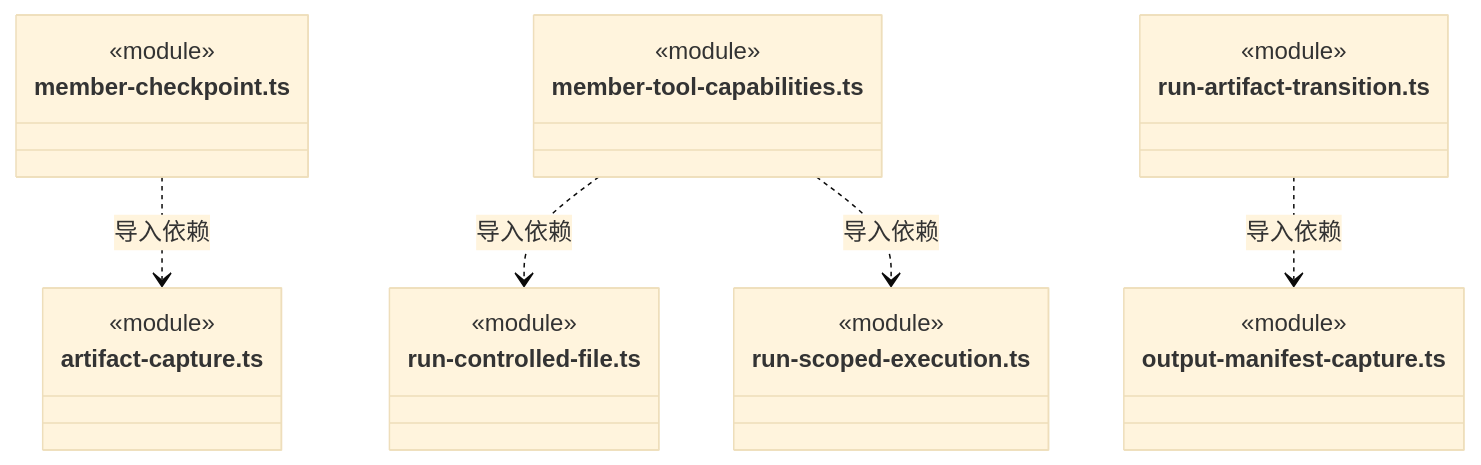
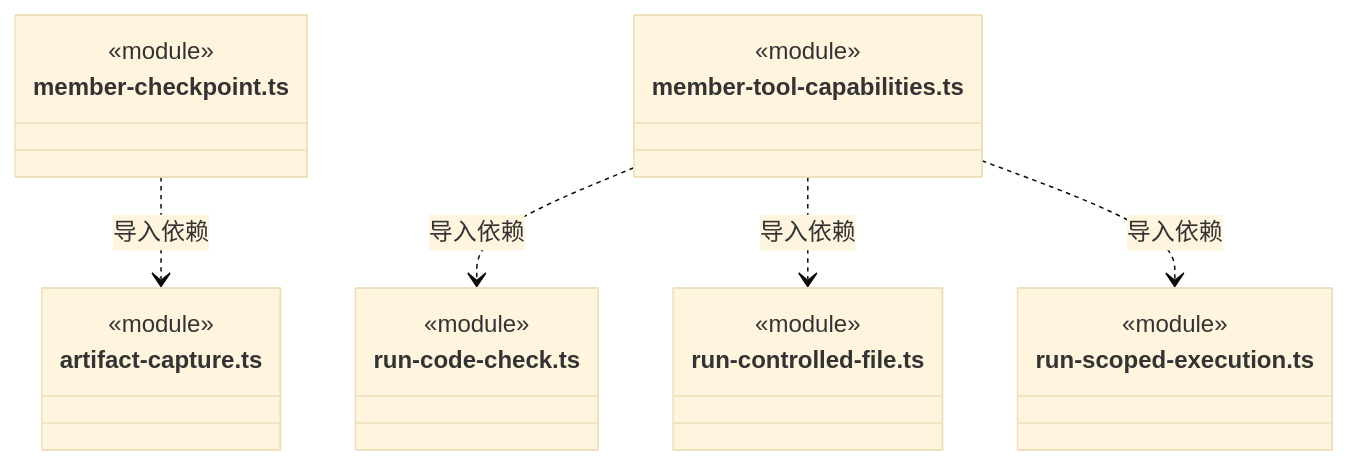
Diagram 17 of 18 in src/backend/core/execution/capabilities/ARCHITECTURE.md (nan023062/cbim), drawn with Mermaid (base theme) before and after one commit. The commit also changed other lines of this file and 130 other files, not shown here.

````diff
--- a/src/backend/core/execution/capabilities/ARCHITECTURE.md
+++ b/src/backend/core/execution/capabilities/ARCHITECTURE.md
@@ -403,28 +451,25 @@
 ```mermaid
 classDiagram
 class N_src_backend_core_execution_capabilities_member_checkpoint_ts["member-checkpoint.ts"] {
   <<module>>
 }
 class N_src_backend_core_execution_capabilities_artifact_capture_ts["artifact-capture.ts"] {
   <<module>>
 }
 class N_src_backend_core_execution_capabilities_member_tool_capabilities_ts["member-tool-capabilities.ts"] {
   <<module>>
 }
+class N_src_backend_core_execution_capabilities_run_code_check_ts["run-code-check.ts"] {
+  <<module>>
+}
 class N_src_backend_core_execution_capabilities_run_controlled_file_ts["run-controlled-file.ts"] {
   <<module>>
 }
 class N_src_backend_core_execution_capabilities_run_scoped_execution_ts["run-scoped-execution.ts"] {
   <<module>>
 }
-class N_src_backend_core_execution_capabilities_run_artifact_transition_ts["run-artifact-transition.ts"] {
-  <<module>>
-}
-class N_src_backend_core_execution_capabilities_output_manifest_capture_ts["output-manifest-capture.ts"] {
-  <<module>>
-}
 N_src_backend_core_execution_capabilities_member_checkpoint_ts ..> N_src_backend_core_execution_capabilities_artifact_capture_ts : 导入依赖
+N_src_backend_core_execution_capabilities_member_tool_capabilities_ts ..> N_src_backend_core_execution_capabilities_run_code_check_ts : 导入依赖
 N_src_backend_core_execution_capabilities_member_tool_capabilities_ts ..> N_src_backend_core_execution_capabilities_run_controlled_file_ts : 导入依赖
 N_src_backend_core_execution_capabilities_member_tool_capabilities_ts ..> N_src_backend_core_execution_capabilities_run_scoped_execution_ts : 导入依赖
-N_src_backend_core_execution_capabilities_run_artifact_transition_ts ..> N_src_backend_core_execution_capabilities_output_manifest_capture_ts : 导入依赖
 ```
````
